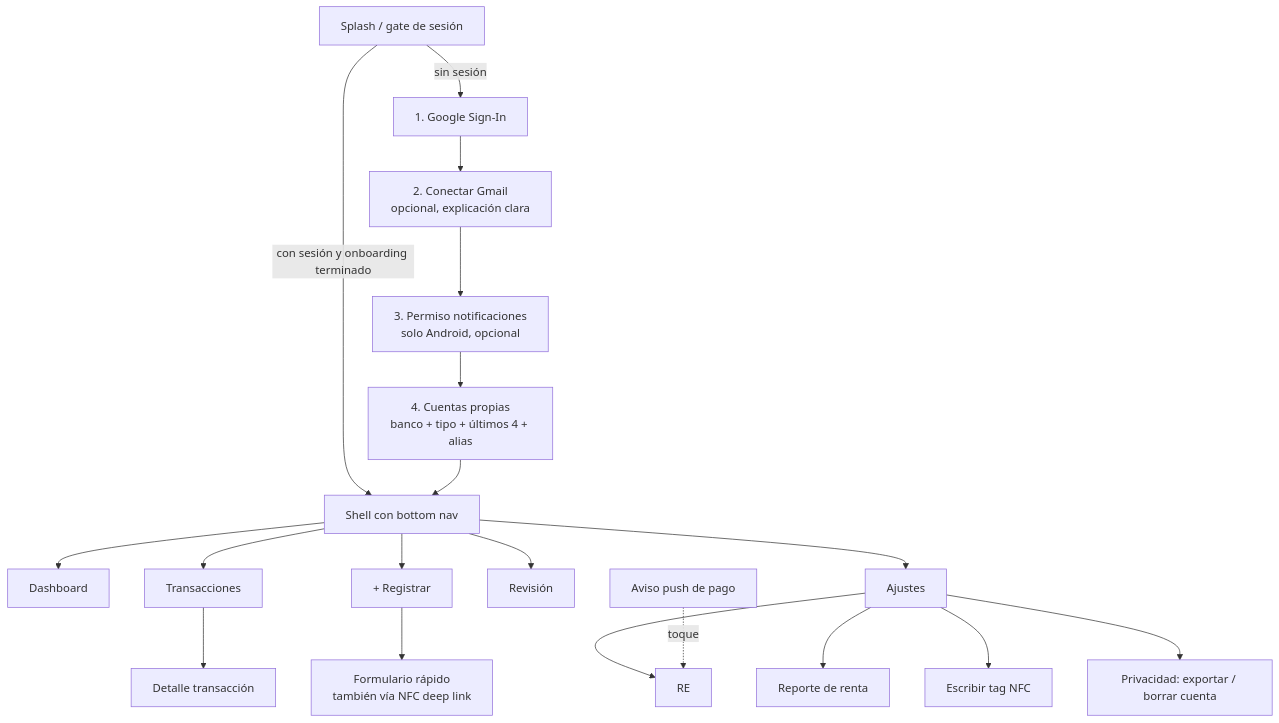
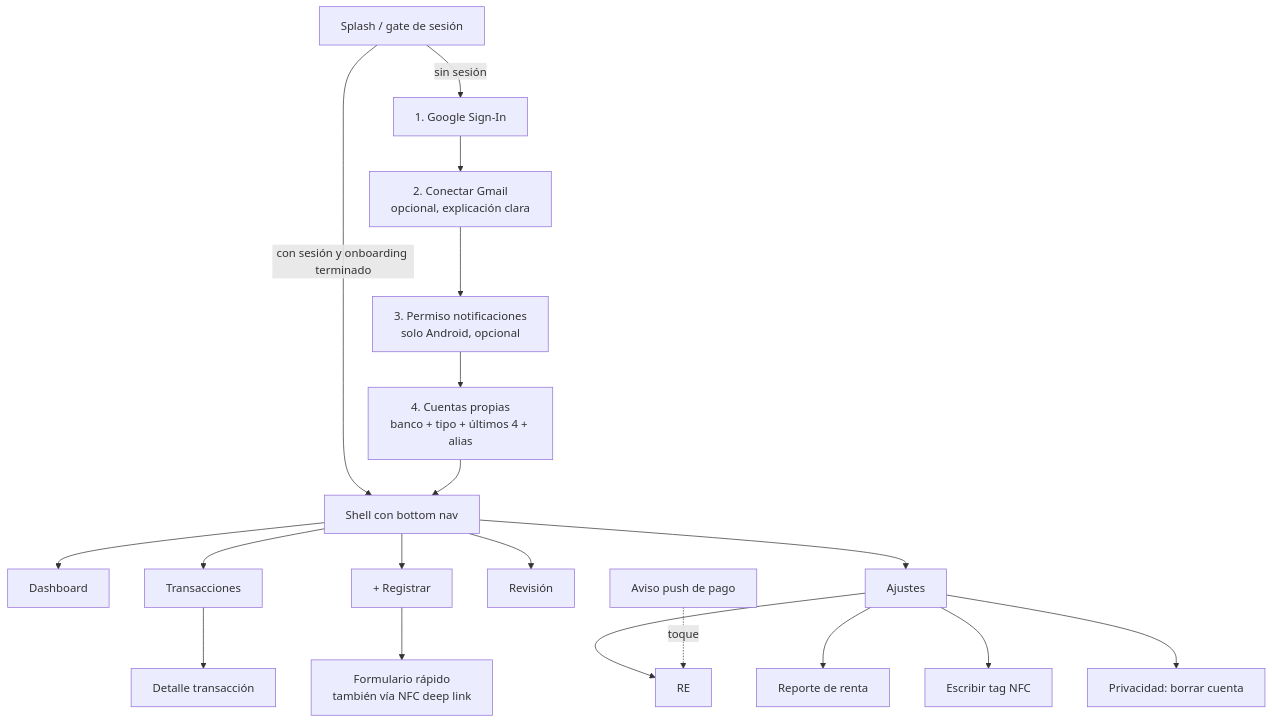
Before and after one commit to CristianmMst/luka: the diagram in docs/specs/008-app-flutter/spec.md, drawn with Mermaid. The commit also changed other lines of this file and 22 other files, not shown here.

First line of the commit message:
refactor(app): quitar exportar mis datos de privacidad

````diff
--- a/docs/specs/008-app-flutter/spec.md
+++ b/docs/specs/008-app-flutter/spec.md
@@ -9,23 +9,23 @@
 ```mermaid
 flowchart TD
     SPLASH[Splash / gate de sesión] -->|sin sesión| G[1. Google Sign-In]
     SPLASH -->|con sesión y onboarding terminado| HOME
     G --> GM[2. Conectar Gmail<br/>opcional, explicación clara]
     GM --> NP[3. Permiso notificaciones<br/>solo Android, opcional]
     NP --> ACC[4. Cuentas propias<br/>banco + tipo + últimos 4 + alias]
     ACC --> HOME
 
     HOME[Shell con bottom nav] --> D[Dashboard]
     HOME --> TX[Transacciones]
     HOME --> ADD[+ Registrar]
     HOME --> RV[Revisión]
     HOME --> ST[Ajustes]
 
     TX --> TXD[Detalle transacción]
     ST --> RE
     PUSH[Aviso push de pago] -.->|toque| RE
     ADD --> QA[Formulario rápido<br/>también vía NFC deep link]
     ST --> FR[Reporte de renta]
     ST --> NFCW[Escribir tag NFC]
-    ST --> PRIV[Privacidad: exportar / borrar cuenta]
+    ST --> PRIV[Privacidad: borrar cuenta]
 ```
````
